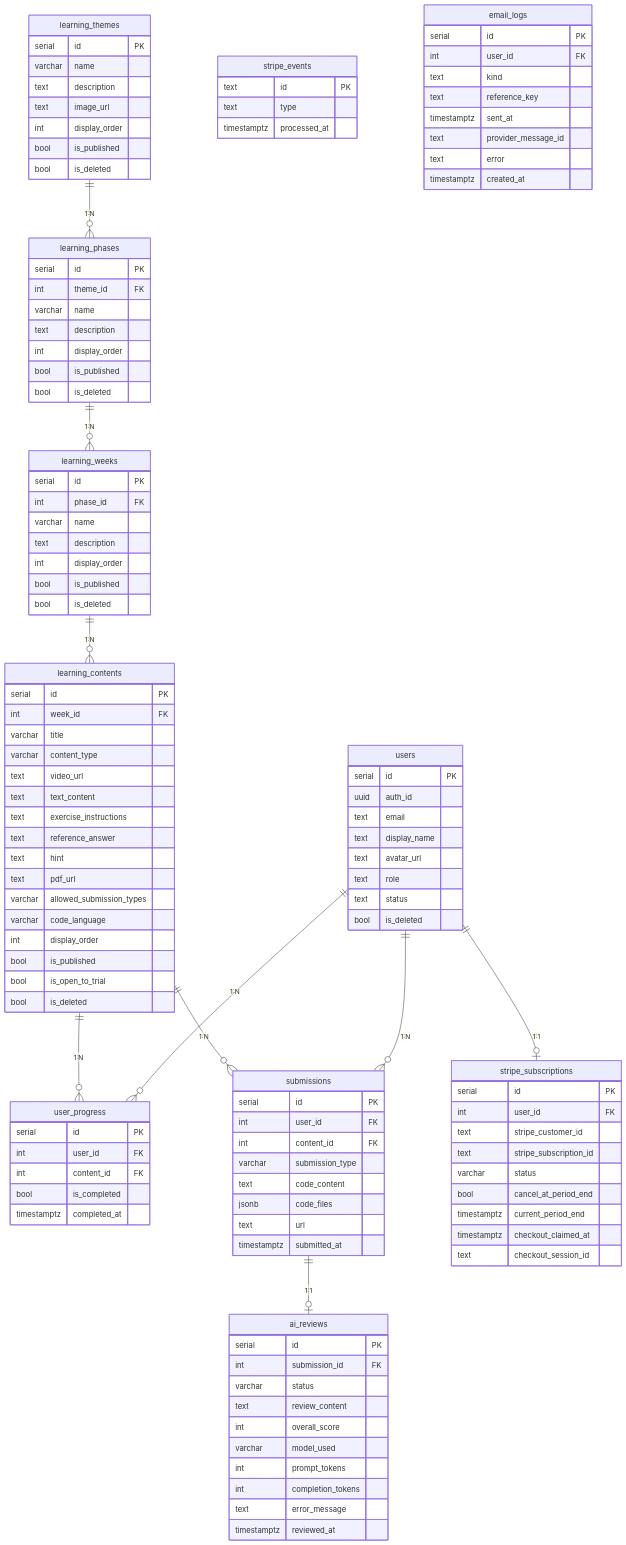
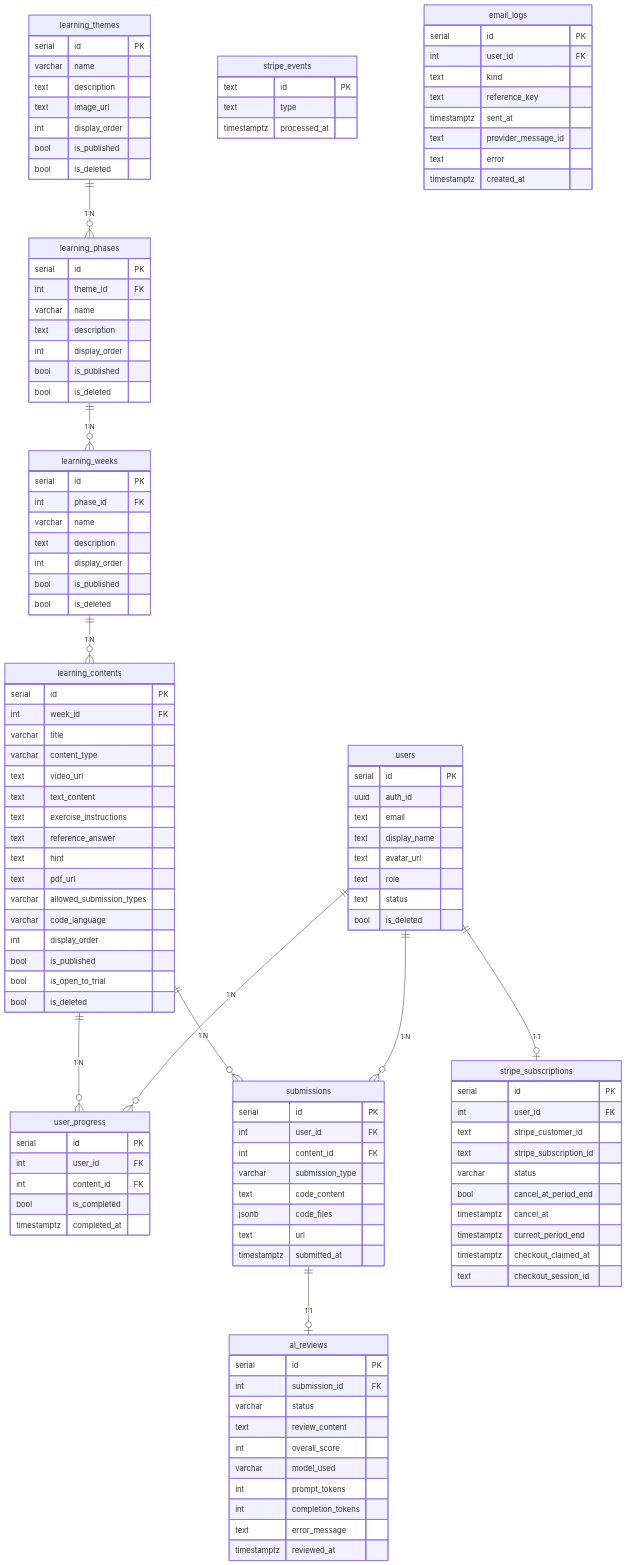
One commit to Singuralitylabs/sinlab-study changed the diagram in docs/database.md. Above: the diagram before and after it, drawn with Mermaid. The commit also changed other lines of this file and 10 other files, not shown here.

```diff
--- a/docs/database.md
+++ b/docs/database.md
@@ -128,6 +128,7 @@
         text stripe_subscription_id
         varchar status
         bool cancel_at_period_end
+        timestamptz cancel_at
         timestamptz current_period_end
         timestamptz checkout_claimed_at
         text checkout_session_id
```
